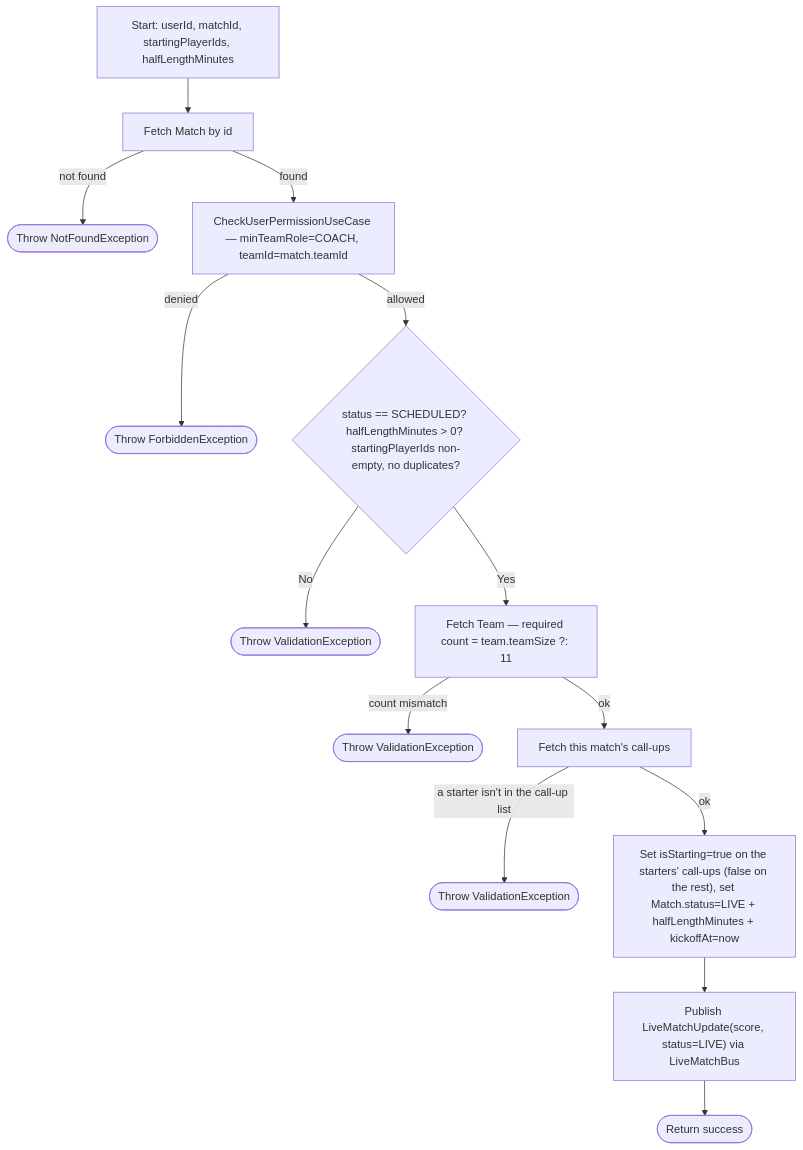
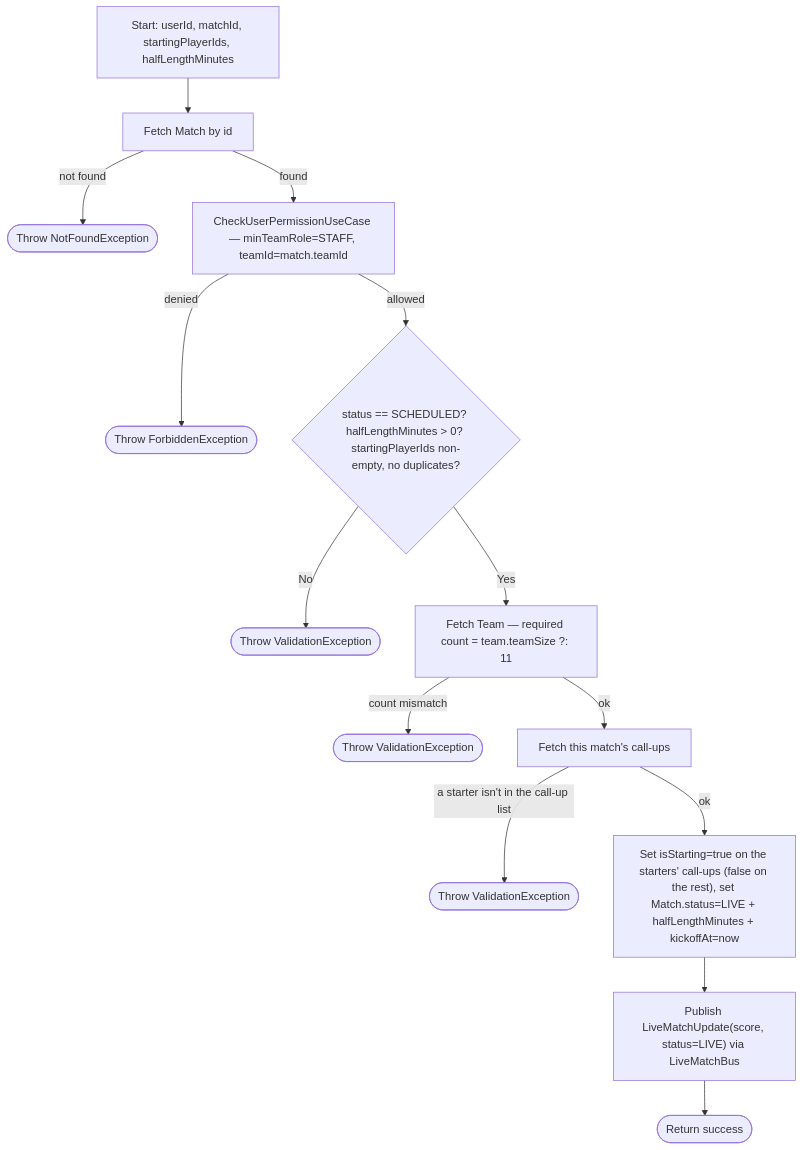
Before and after one commit to ricardofrango/squadify: diagram 35 of 44 in PROCESS_FLOWS.md, drawn with Mermaid. The commit also changed other lines of this file and 14 other files, not shown here.

````diff
--- a/PROCESS_FLOWS.md
+++ b/PROCESS_FLOWS.md
@@ -742,16 +743,16 @@
 ```mermaid
 graph TD
     A[Start: userId, matchId, startingPlayerIds, halfLengthMinutes] --> B[Fetch Match by id]
     B -- not found --> N(["Throw NotFoundException"])
-    B -- found --> C[CheckUserPermissionUseCase — minTeamRole=COACH, teamId=match.teamId]
+    B -- found --> C[CheckUserPermissionUseCase — minTeamRole=STAFF, teamId=match.teamId]
     C -- denied --> F(["Throw ForbiddenException"])
     C -- allowed --> D{"status == SCHEDULED? halfLengthMinutes > 0? startingPlayerIds non-empty, no duplicates?"}
     D -- No --> V1(["Throw ValidationException"])
     D -- Yes --> E[Fetch Team — required count = team.teamSize ?: 11]
     E -- count mismatch --> V2(["Throw ValidationException"])
     E -- ok --> G[Fetch this match's call-ups]
     G -- a starter isn't in the call-up list --> V3(["Throw ValidationException"])
     G -- ok --> H["Set isStarting=true on the starters' call-ups (false on the rest), set Match.status=LIVE + halfLengthMinutes + kickoffAt=now"]
     H --> I["Publish LiveMatchUpdate(score, status=LIVE) via LiveMatchBus"]
     I --> Z(["Return success"])
 ```
````
